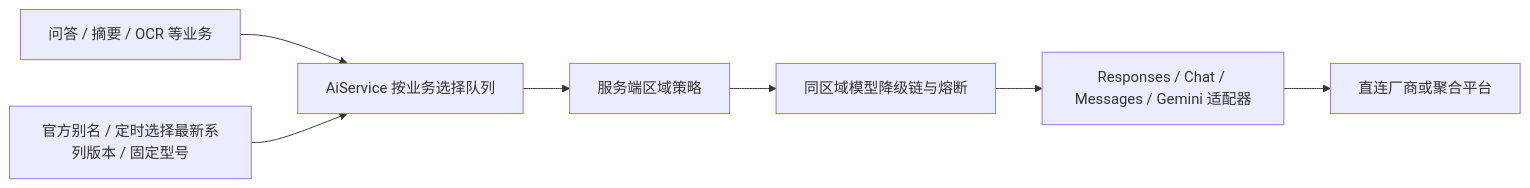
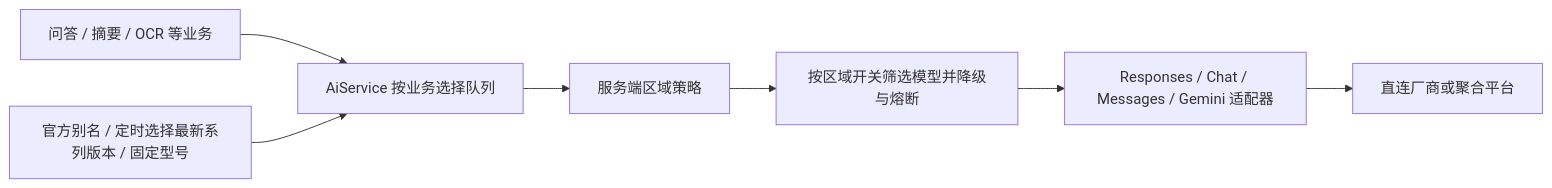
The diagram in docs/AI_SERVICES.zh-CN.md (GdeiAssistant/GdeiAssistant), drawn with Mermaid before and after one commit. The commit also changed other lines of this file and 5 other files, not shown here.

````diff
--- a/docs/AI_SERVICES.zh-CN.md
+++ b/docs/AI_SERVICES.zh-CN.md
@@ -7,9 +7,9 @@
 ```mermaid
 flowchart LR
   Business[问答 / 摘要 / OCR 等业务] --> Service[AiService 按业务选择队列]
   Service --> Policy[服务端区域策略]
-  Policy --> Chain[同区域模型降级链与熔断]
+  Policy --> Chain[按区域开关筛选模型并降级与熔断]
   Chain --> Adapter[Responses / Chat / Messages / Gemini 适配器]
   Adapter --> Platform[直连厂商或聚合平台]
   Config[官方别名 / 定时选择最新系列版本 / 固定型号] --> Service
 ```
````
